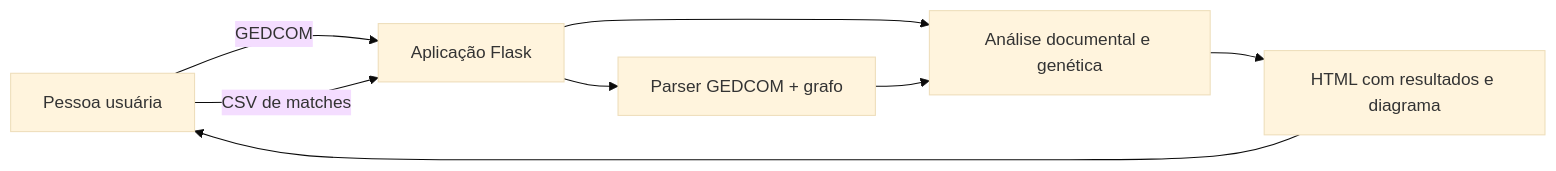
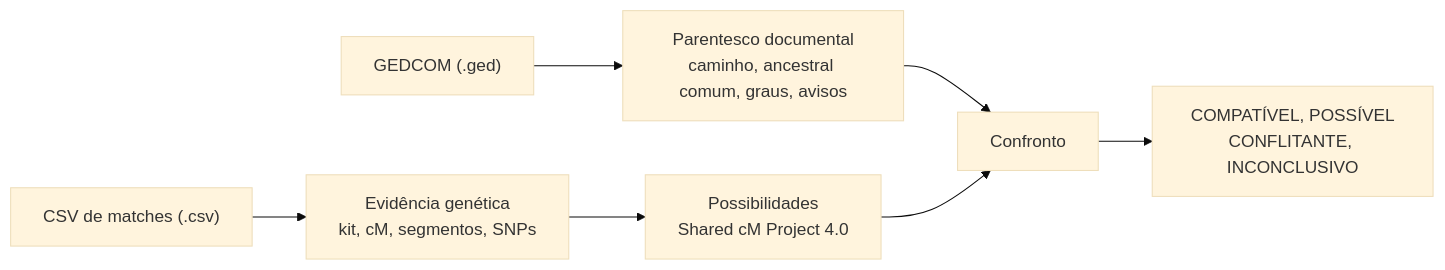
One commit to Adriano1976/reversa-analisador-genealogico changed the first of 4 diagrams in README.md. Above: the diagram before and after it, drawn with Mermaid (base theme). The commit also changed other lines of this file, not shown here.

Commit message:
docs(readme): reescreve o readme com arquitetura e ciclo de requisicao

````diff
--- a/README.md
+++ b/README.md
@@ -71,10 +87,9 @@
 ```mermaid
 flowchart LR
-    U["Pessoa usuária"] -->|"GEDCOM"| W["Aplicação Flask"]
-    U -->|"CSV de matches"| W
-    W --> P["Parser GEDCOM + grafo"]
-    W --> D["Análise documental e genética"]
-    P --> D
-    D --> H["HTML com resultados e diagrama"]
-    H --> U
+    G["GEDCOM (.ged)"] --> PD["Parentesco documental<br>caminho, ancestral comum, graus, avisos"]
+    C["CSV de matches (.csv)"] --> EG["Evidência genética<br>kit, cM, segmentos, SNPs"]
+    EG --> PO["Possibilidades<br>Shared cM Project 4.0"]
+    PD --> CF["Confronto"]
+    PO --> CF
+    CF --> R["COMPATÍVEL, POSSÍVEL<br>CONFLITANTE, INCONCLUSIVO"]
 ```
````
